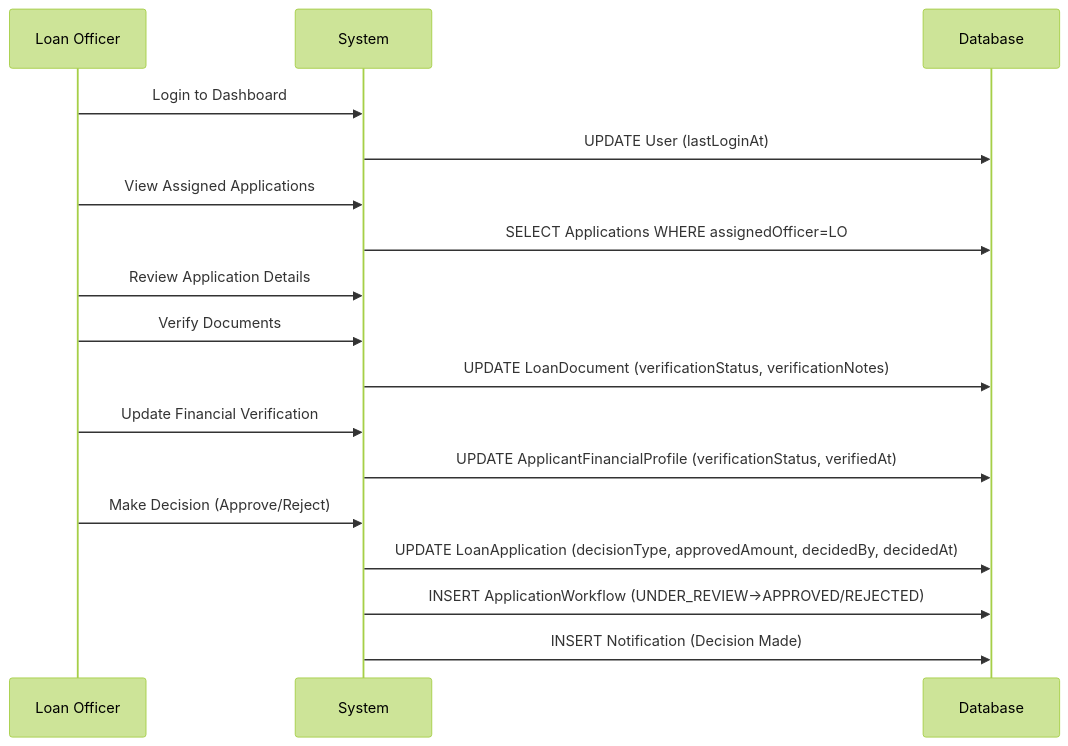
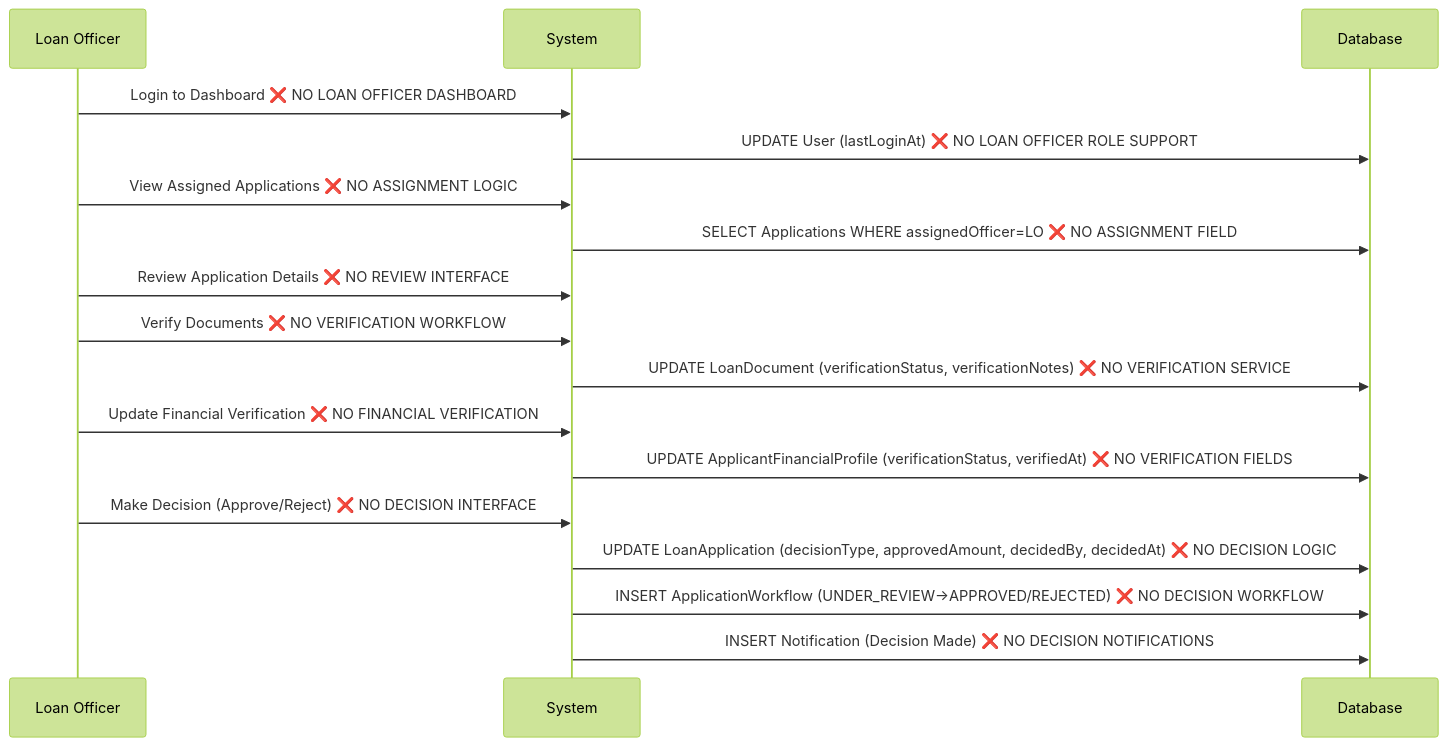
One commit to AshishDabhi1539/Loan_Screening_Project changed the fourth of 7 diagrams in COMPLETE_DATA_FLOW_ANALYSIS.md. Above: the diagram before and after it, drawn with Mermaid (forest theme). The commit also changed other lines of this file and 29 other files, not shown here.

Commit message:
Till Loan Officer Done

````diff
--- a/COMPLETE_DATA_FLOW_ANALYSIS.md
+++ b/COMPLETE_DATA_FLOW_ANALYSIS.md
@@ -113,20 +145,20 @@
 ```mermaid
 sequenceDiagram
     participant LO as Loan Officer
     participant S as System
     participant DB as Database
     
-    LO->>S: Login to Dashboard
-    S->>DB: UPDATE User (lastLoginAt)
-    LO->>S: View Assigned Applications
-    S->>DB: SELECT Applications WHERE assignedOfficer=LO
-    LO->>S: Review Application Details
-    LO->>S: Verify Documents
-    S->>DB: UPDATE LoanDocument (verificationStatus, verificationNotes)
-    LO->>S: Update Financial Verification
-    S->>DB: UPDATE ApplicantFinancialProfile (verificationStatus, verifiedAt)
-    LO->>S: Make Decision (Approve/Reject)
-    S->>DB: UPDATE LoanApplication (decisionType, approvedAmount, decidedBy, decidedAt)
-    S->>DB: INSERT ApplicationWorkflow (UNDER_REVIEW→APPROVED/REJECTED)
-    S->>DB: INSERT Notification (Decision Made)
+    LO->>S: Login to Dashboard ❌ NO LOAN OFFICER DASHBOARD
+    S->>DB: UPDATE User (lastLoginAt) ❌ NO LOAN OFFICER ROLE SUPPORT
+    LO->>S: View Assigned Applications ❌ NO ASSIGNMENT LOGIC
+    S->>DB: SELECT Applications WHERE assignedOfficer=LO ❌ NO ASSIGNMENT FIELD
+    LO->>S: Review Application Details ❌ NO REVIEW INTERFACE
+    LO->>S: Verify Documents ❌ NO VERIFICATION WORKFLOW
+    S->>DB: UPDATE LoanDocument (verificationStatus, verificationNotes) ❌ NO VERIFICATION SERVICE
+    LO->>S: Update Financial Verification ❌ NO FINANCIAL VERIFICATION
+    S->>DB: UPDATE ApplicantFinancialProfile (verificationStatus, verifiedAt) ❌ NO VERIFICATION FIELDS
+    LO->>S: Make Decision (Approve/Reject) ❌ NO DECISION INTERFACE
+    S->>DB: UPDATE LoanApplication (decisionType, approvedAmount, decidedBy, decidedAt) ❌ NO DECISION LOGIC
+    S->>DB: INSERT ApplicationWorkflow (UNDER_REVIEW→APPROVED/REJECTED) ❌ NO DECISION WORKFLOW
+    S->>DB: INSERT Notification (Decision Made) ❌ NO DECISION NOTIFICATIONS
 ```
````
